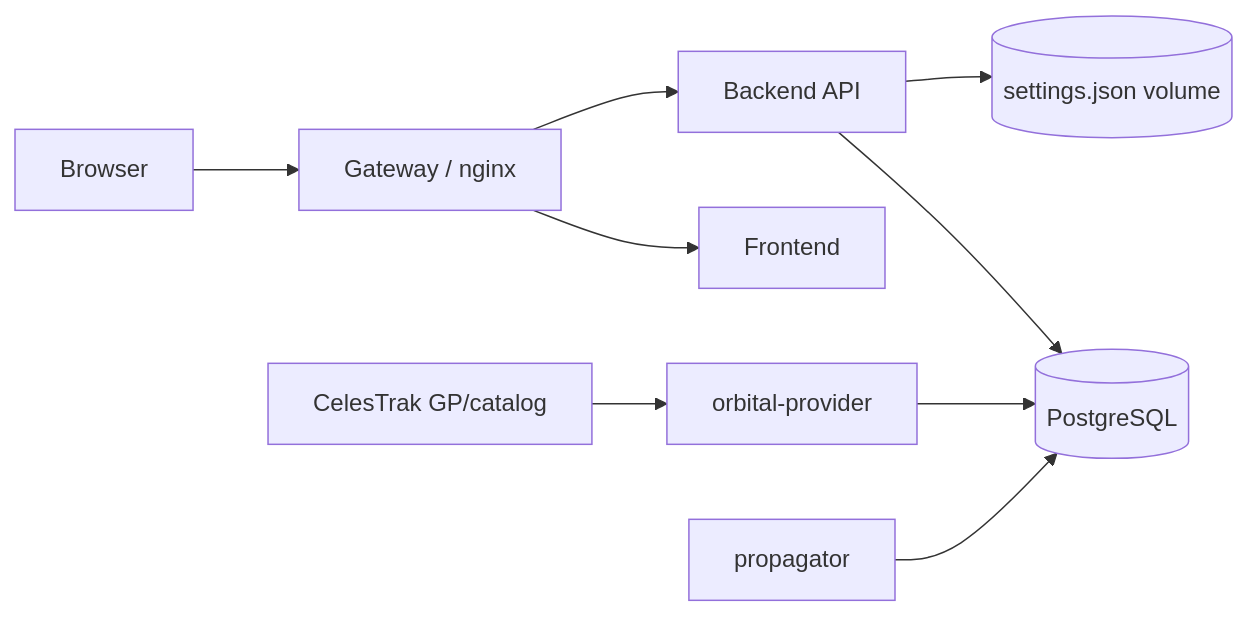
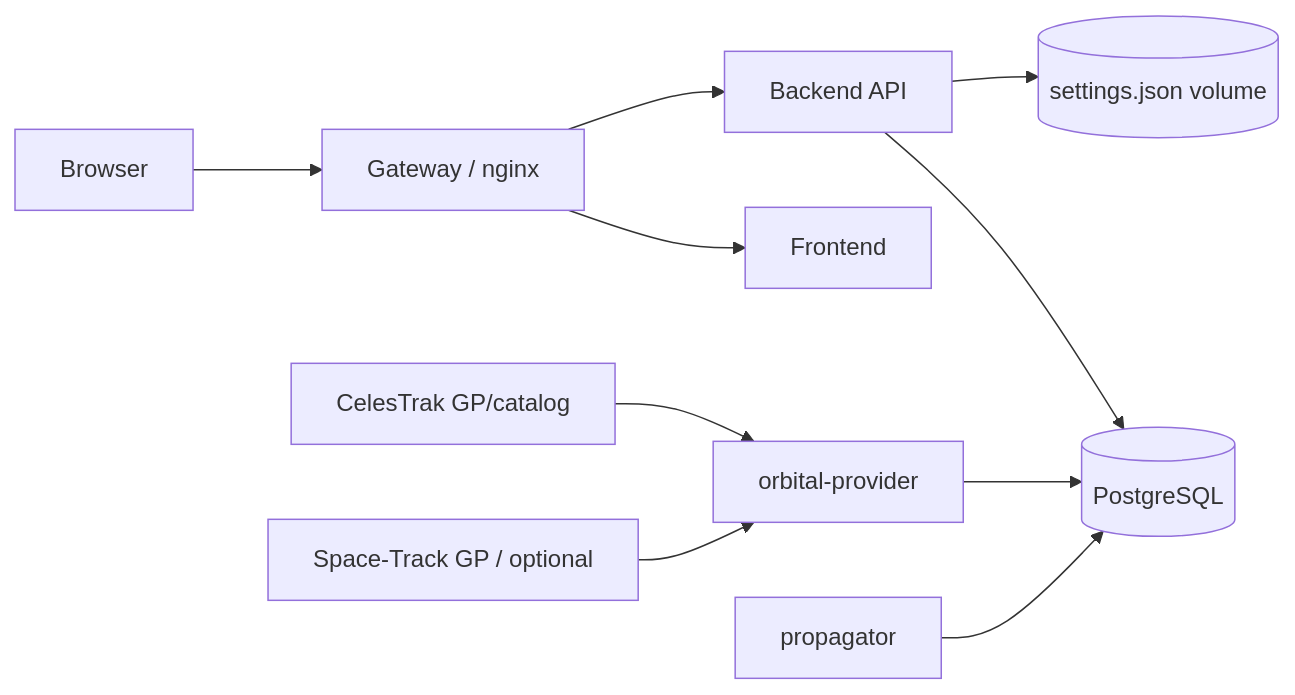
Before and after one commit to ExoSpaceLabs/world-sat-monitor: the first of 6 diagrams in docs/architecture.md, drawn with Mermaid. The commit also changed other lines of this file, not shown here.

Commit message:
docs(provider): link Space-Track development adapter in project architecture

````diff
--- a/docs/architecture.md
+++ b/docs/architecture.md
@@ -7,13 +7,14 @@
 ```mermaid
 flowchart LR
     U[Browser] --> G[Gateway / nginx]
     G --> F[Frontend]
     G --> B[Backend API]
 
     B --> DB[(PostgreSQL)]
     B --> CFG[(settings.json volume)]
 
     C[CelesTrak GP/catalog] --> P[orbital-provider]
+    ST[Space-Track GP / optional] --> P
     P --> DB
     W[propagator] --> DB
 ```
````
